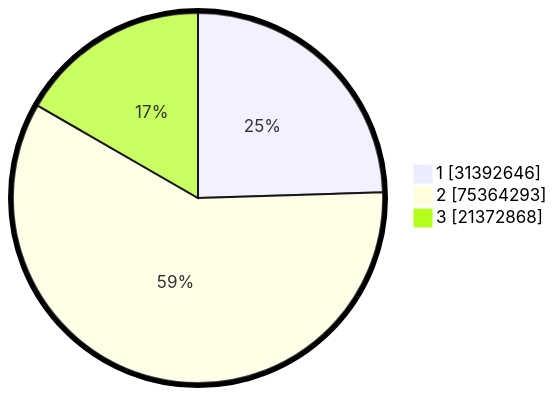
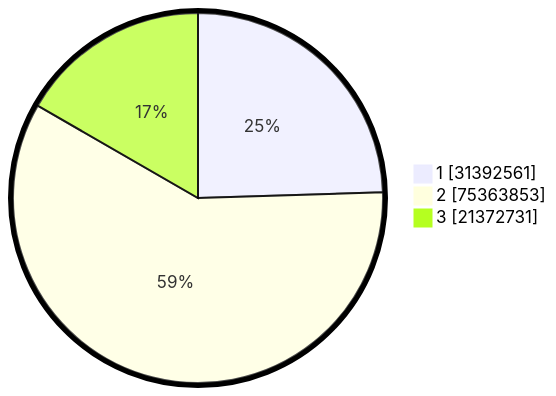
Before and after one commit to gigit-pemilu/pemilu-2024: the second of 2 diagrams in pilpres/hitung-suara/README.md, drawn with Mermaid. The commit also changed other lines of this file and 8 other files, not shown here.

````diff
--- a/pilpres/hitung-suara/README.md
+++ b/pilpres/hitung-suara/README.md
@@ -93,7 +93,7 @@
 ```mermaid
 %%{init: {"pie": {"textPosition": 0.5}, "themeVariables": {"pieOuterStrokeWidth": "5px"}} }%%
 pie showData
-    "1" : 31392646
-    "2" : 75364293
-    "3" : 21372868
+    "1" : 31392561
+    "2" : 75363853
+    "3" : 21372731
 ```
````
